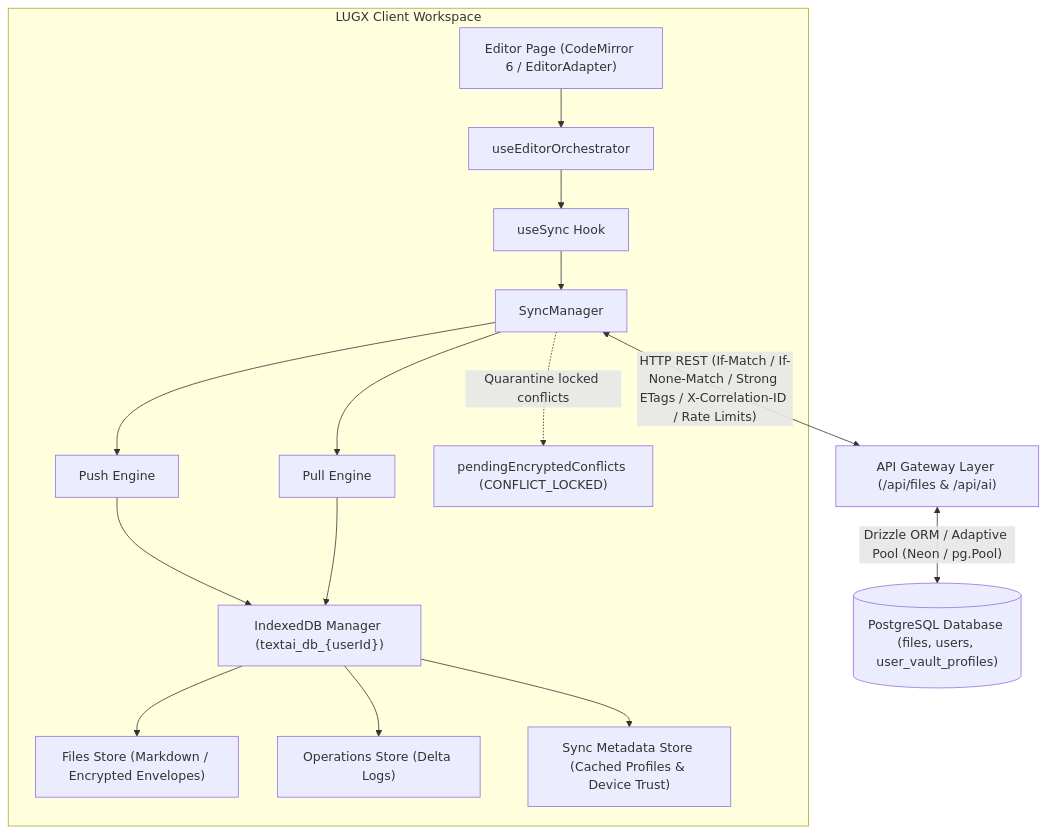
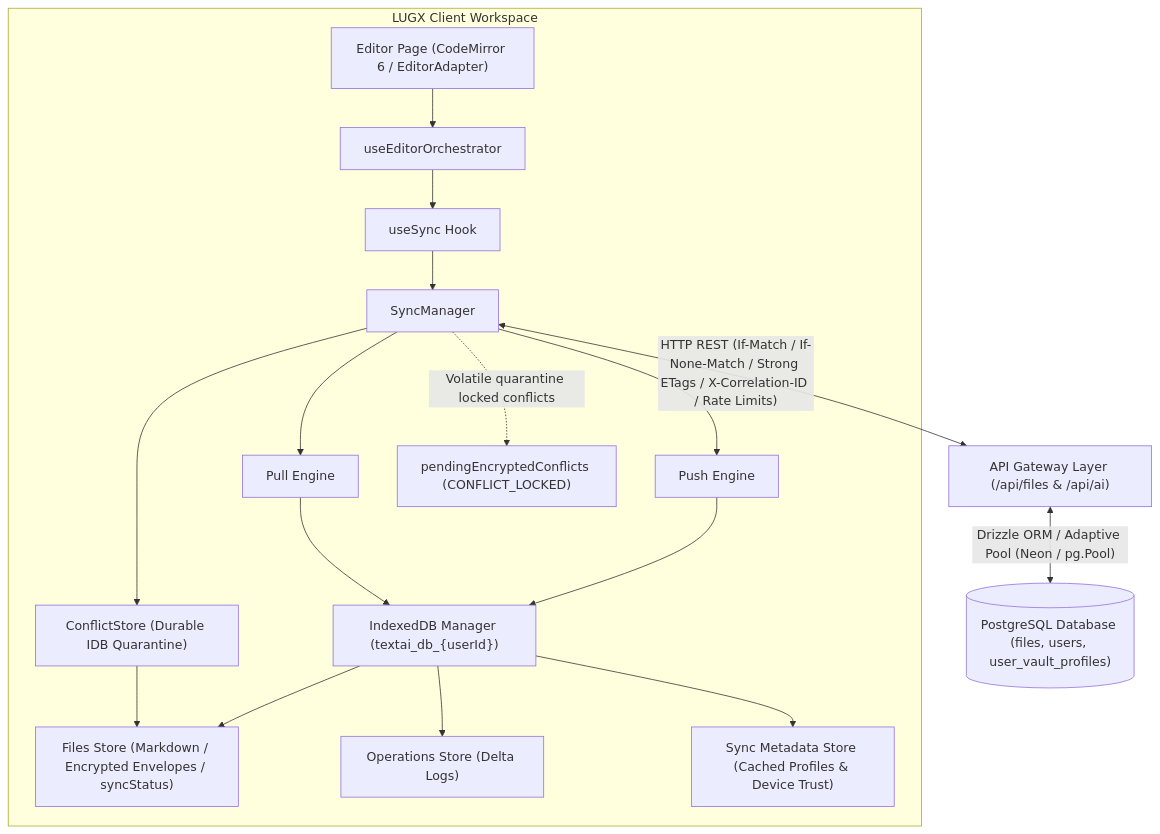
One commit to Abdullah931-stack/LUGX changed the first of 4 diagrams in docs/architecture/sync/sync-architecture-overview.md. Above: the diagram before and after it, drawn with Mermaid. The commit also changed other lines of this file and 13 other files, not shown here.

````diff
--- a/docs/architecture/sync/sync-architecture-overview.md
+++ b/docs/architecture/sync/sync-architecture-overview.md
@@ -7,18 +7,20 @@
 ```mermaid
 graph TD
     subgraph ClientLayer["LUGX Client Workspace"]
         Page["Editor Page (CodeMirror 6 / EditorAdapter)"] --> Orch["useEditorOrchestrator"]
         Orch --> Hook["useSync Hook"]
         Hook --> SyncMgr["SyncManager"]
         SyncMgr --> Push["Push Engine"]
         SyncMgr --> Pull["Pull Engine"]
         Push & Pull --> IDBMgr["IndexedDB Manager (textai_db_{userId})"]
-        IDBMgr --> IDBFiles["Files Store (Markdown / Encrypted Envelopes)"]
+        IDBMgr --> IDBFiles["Files Store (Markdown / Encrypted Envelopes / syncStatus)"]
         IDBMgr --> IDBOps["Operations Store (Delta Logs)"]
         IDBMgr --> IDBMeta["Sync Metadata Store (Cached Profiles & Device Trust)"]
-        SyncMgr -.->|"Quarantine locked conflicts"| Quarantine["pendingEncryptedConflicts (CONFLICT_LOCKED)"]
+        SyncMgr --> ConflictStore["ConflictStore (Durable IDB Quarantine)"]
+        ConflictStore --> IDBFiles
+        SyncMgr -.->|"Volatile quarantine locked conflicts"| Quarantine["pendingEncryptedConflicts (CONFLICT_LOCKED)"]
     end
 
     SyncMgr <-->|"HTTP REST (If-Match / If-None-Match / Strong ETags / X-Correlation-ID / Rate Limits)"| APILayer["API Gateway Layer (/api/files & /api/ai)"]
     APILayer <-->|"Drizzle ORM / Adaptive Pool (Neon / pg.Pool)"| DBLayer[("PostgreSQL Database (files, users, user_vault_profiles)")]
 ```
````
